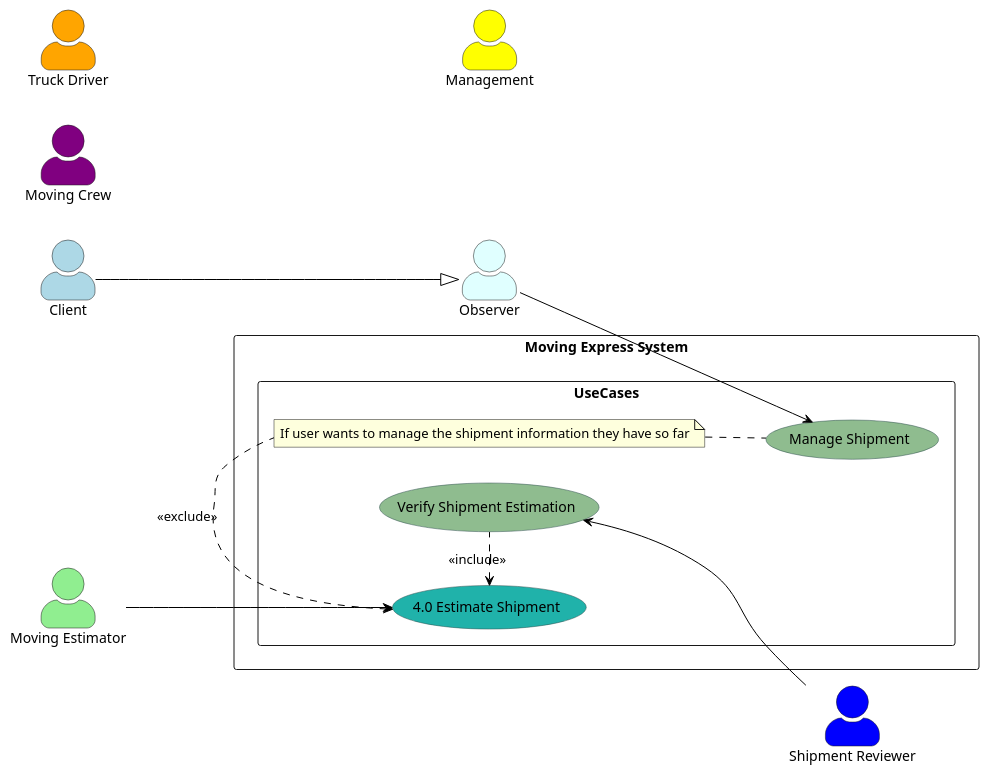
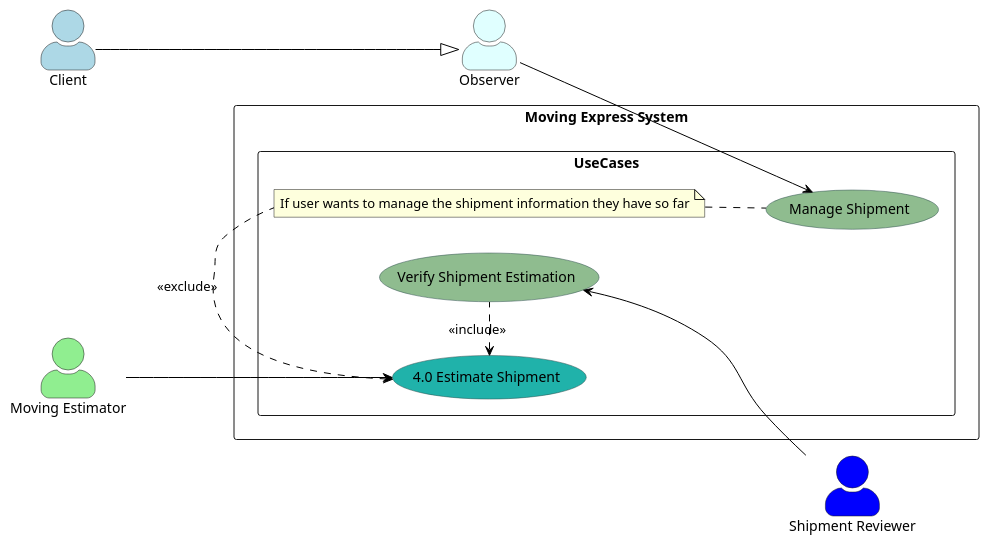
The diagram in Diagrams/UseCaseDiagrams/LoweLevel/UC4.puml (nic5694/MovingExpress), drawn with PlantUML before and after one commit. The commit also changed 3 other files, not shown here.

Commit message:
Removed unused actors in low-level use case diagrams

```diff
--- a/Diagrams/UseCaseDiagrams/LoweLevel/UC4.puml
+++ b/Diagrams/UseCaseDiagrams/LoweLevel/UC4.puml
@@ -1,43 +1,40 @@
 @startuml
 
 left to right direction
 skinparam actorStyle awesome
 skinparam usecase {
     BackgroundColor DarkSeaGreen
     BorderColor DarkSlateGray
     ArrowColor Black
     ActorBorderColor black
     ActorFontName Courier
     ActorBackgroundColor<< Human >> Gold
 }
 
 actor Client as "Client" #LightBlue
 actor "Moving Estimator" as MovingEstimator #LightGreen
-actor "Truck Driver" as VanDriver #Orange
-actor "Moving Crew" as MovingCrew #Purple
-actor Management as "Management" #Yellow
 actor "Shipment Reviewer" as ShipmentReviewer #Blue
 actor "Observer" as Observer #LightCyan
 
 rectangle "Moving Express System" {
     rectangle UseCases {
       usecase "4.0 Estimate Shipment" as UC4 #LightSeaGreen
       usecase "Manage Shipment" as UC4_1
       usecase "Verify Shipment Estimation" as UC4_2
 
       note "If user wants to manage the shipment information they have so far" as N1
     }
 }
 
 UC4 <. N1 : <<exclude>>
 UC4 <. UC4_2 : <<include>>
 N1 .. (UC4_1)
 
 Client --|> Observer
 Observer --> UC4_1
 
 MovingEstimator --> UC4
 
 UC4_2 <-- ShipmentReviewer
 
 @enduml
```
